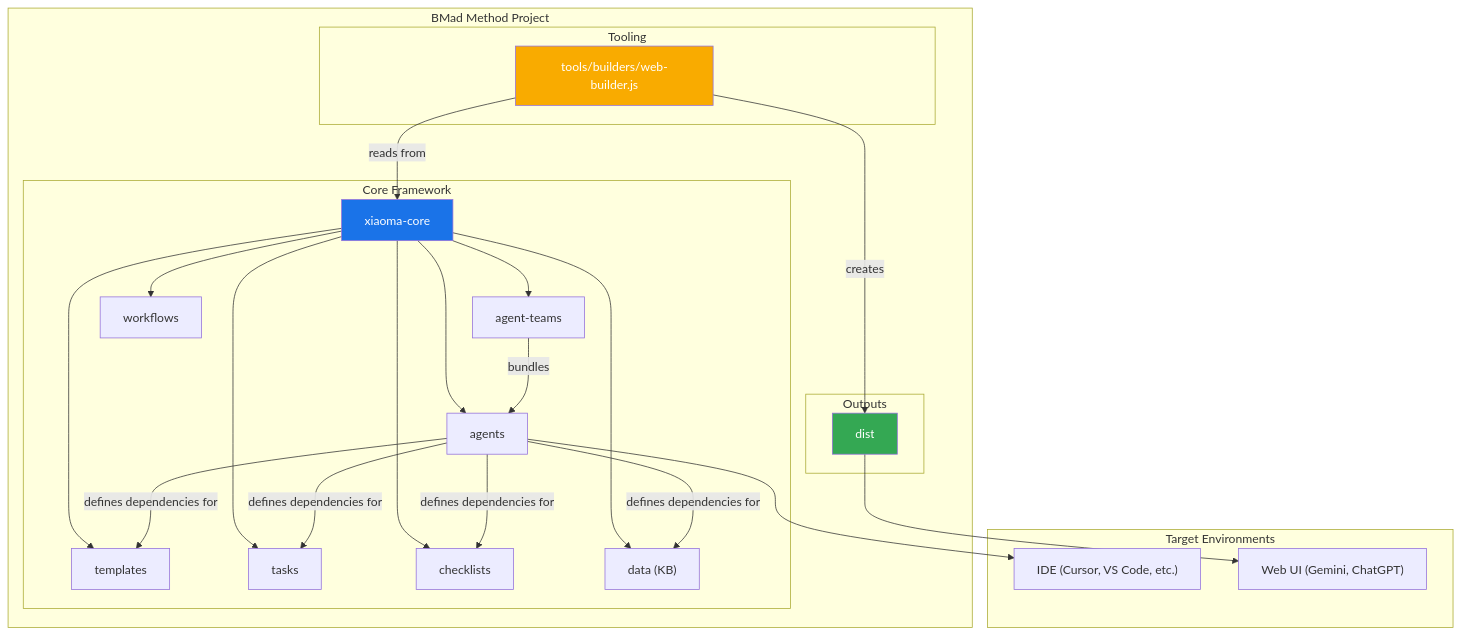
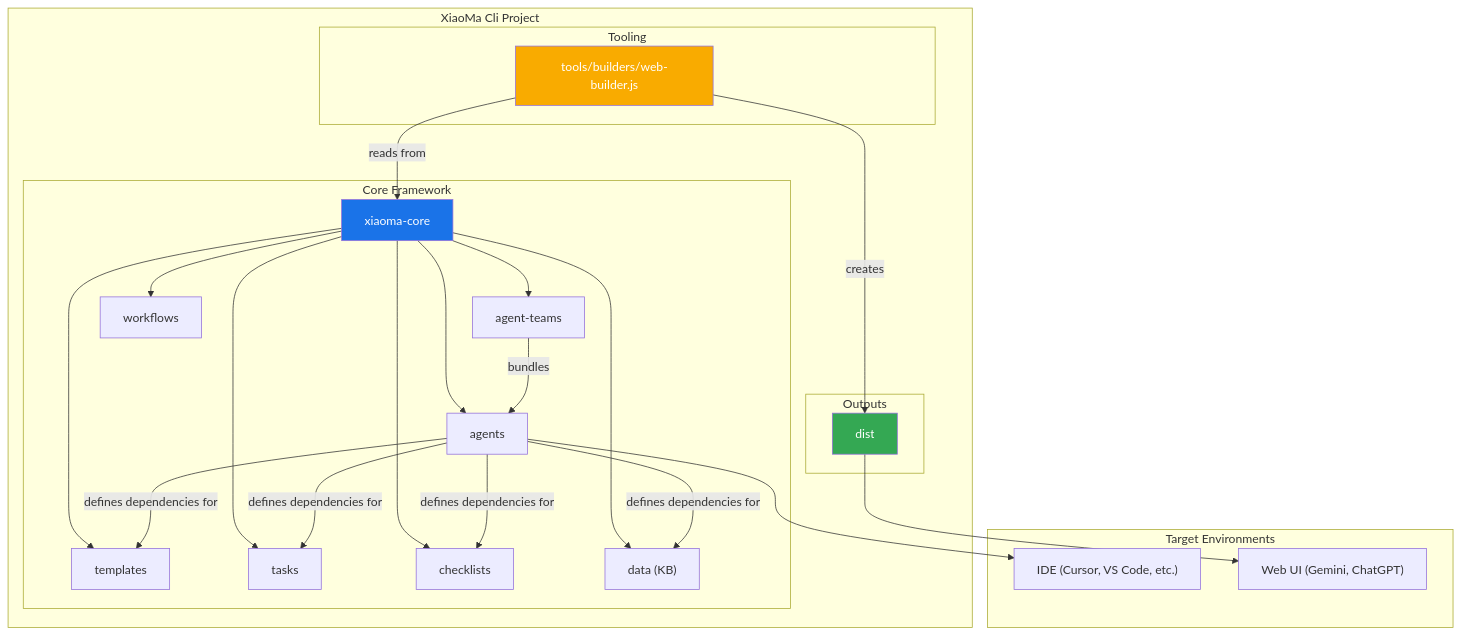
One commit to zqyl-xiaoma/xiaoma-cli-release changed the first of 3 diagrams in docs/core-architecture.md. Above: the diagram before and after it, drawn with Mermaid. The commit also changed other lines of this file and 83 other files, not shown here.

First line of the commit message:
chore: sync latest XiaoMa-Cli branding updates and documentation improvements

````diff
--- a/docs/core-architecture.md
+++ b/docs/core-architecture.md
@@ -17,44 +17,44 @@
 ```mermaid
 graph TD
-    subgraph BMad Method Project
+    subgraph XiaoMa Cli Project
         subgraph Core Framework
             A["xiaoma-core"]
             A --> B["agents"]
             A --> C["agent-teams"]
             A --> D["workflows"]
             A --> E["templates"]
             A --> F["tasks"]
             A --> G["checklists"]
             A --> H["data (KB)"]
         end
 
         subgraph Tooling
             I["tools/builders/web-builder.js"]
         end
 
         subgraph Outputs
             J["dist"]
         end
 
         B -- defines dependencies for --> E
         B -- defines dependencies for --> F
         B -- defines dependencies for --> G
         B -- defines dependencies for --> H
 
         C -- bundles --> B
         I -- reads from --> A
         I -- creates --> J
     end
 
     subgraph Target Environments
         K["IDE (Cursor, VS Code, etc.)"]
         L["Web UI (Gemini, ChatGPT)"]
     end
 
     B --> K
     J --> L
 
     style A fill:#1a73e8,color:#fff
     style I fill:#f9ab00,color:#fff
     style J fill:#34a853,color:#fff
 ```
````
